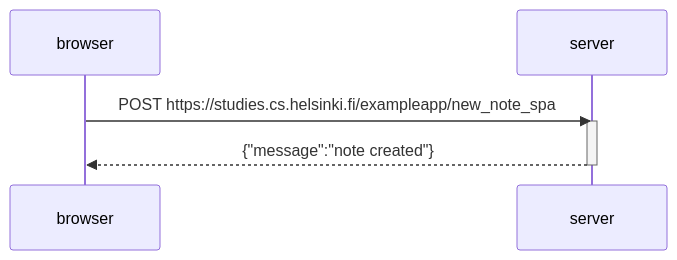
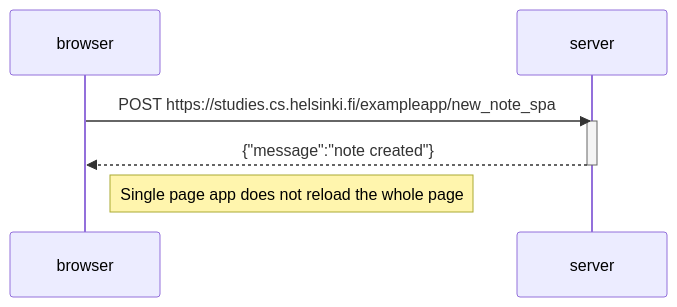
One commit to Pranab-Ratna-Gubhaju/FullStack changed the diagram in creatingNewNoteSingleApp.md. Above: the diagram before and after it, drawn with Mermaid.

Commit message:
part0 assignment

````diff
--- a/creatingNewNoteSingleApp.md
+++ b/creatingNewNoteSingleApp.md
@@ -4,11 +4,13 @@
 ```mermaid
     sequenceDiagram
     participant browser
     participant server
    
     browser->>server: POST https://studies.cs.helsinki.fi/exampleapp/new_note_spa
     activate server
     server-->>browser: {"message":"note created"}
     deactivate server
 
+    Note right of browser:  Single page app does not reload the whole page
+
 ```
````
